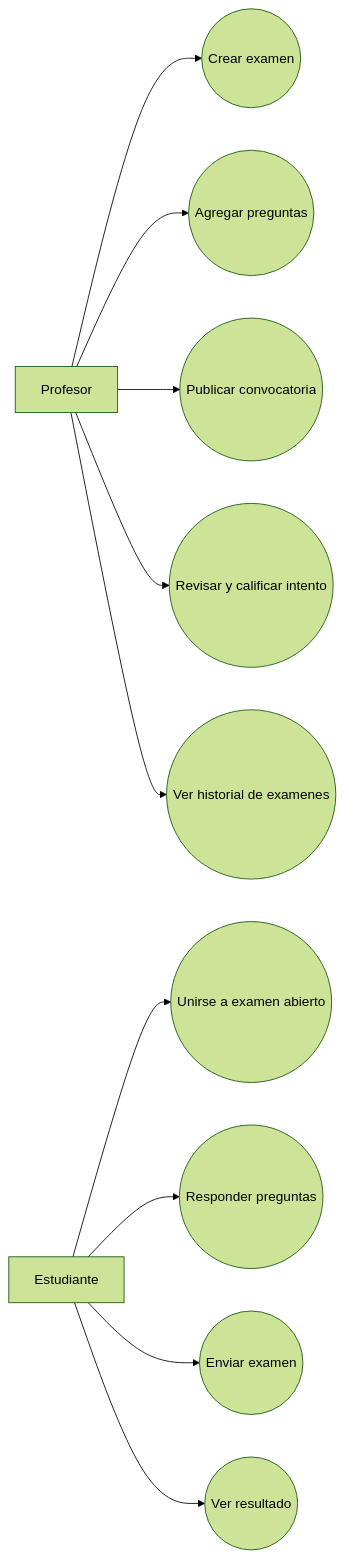
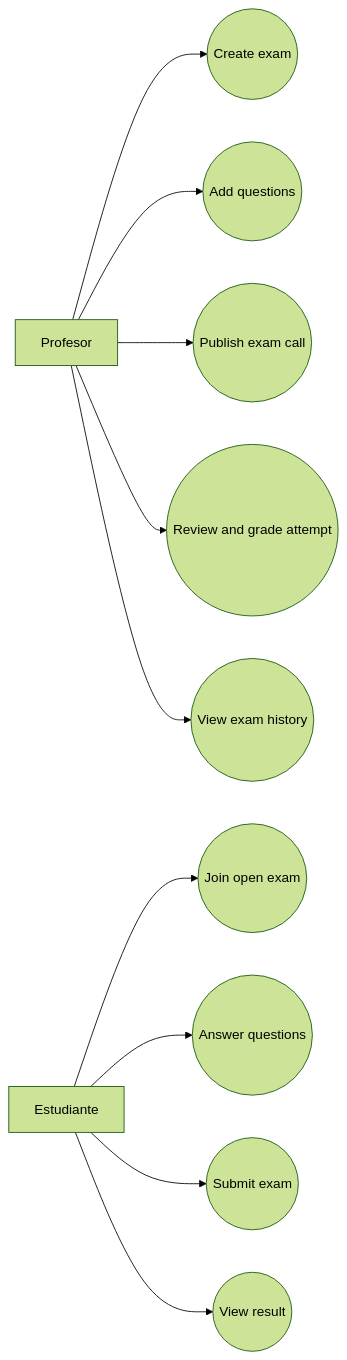
Before and after one commit to lucianodiamand/taller4_sistema_examenes: the second of 2 diagrams in backend/docs/domain-model.md, drawn with Mermaid (forest theme). The commit also changed other lines of this file and 13 other files, not shown here.

````diff
--- a/backend/docs/domain-model.md
+++ b/backend/docs/domain-model.md
@@ -87,27 +87,27 @@
 ```mermaid
 flowchart LR
     P[Profesor]
     E[Estudiante]
 
-    UC1((Crear examen))
-    UC2((Agregar preguntas))
-    UC3((Publicar convocatoria))
-    UC4((Revisar y calificar intento))
-    UC5((Ver historial de examenes))
+    UC1((Create exam))
+    UC2((Add questions))
+    UC3((Publish exam call))
+    UC4((Review and grade attempt))
+    UC5((View exam history))
 
-    UC6((Unirse a examen abierto))
-    UC7((Responder preguntas))
-    UC8((Enviar examen))
-    UC9((Ver resultado))
+    UC6((Join open exam))
+    UC7((Answer questions))
+    UC8((Submit exam))
+    UC9((View result))
 
     P --> UC1
     P --> UC2
     P --> UC3
     P --> UC4
     P --> UC5
 
     E --> UC6
     E --> UC7
     E --> UC8
     E --> UC9
 ```
````
